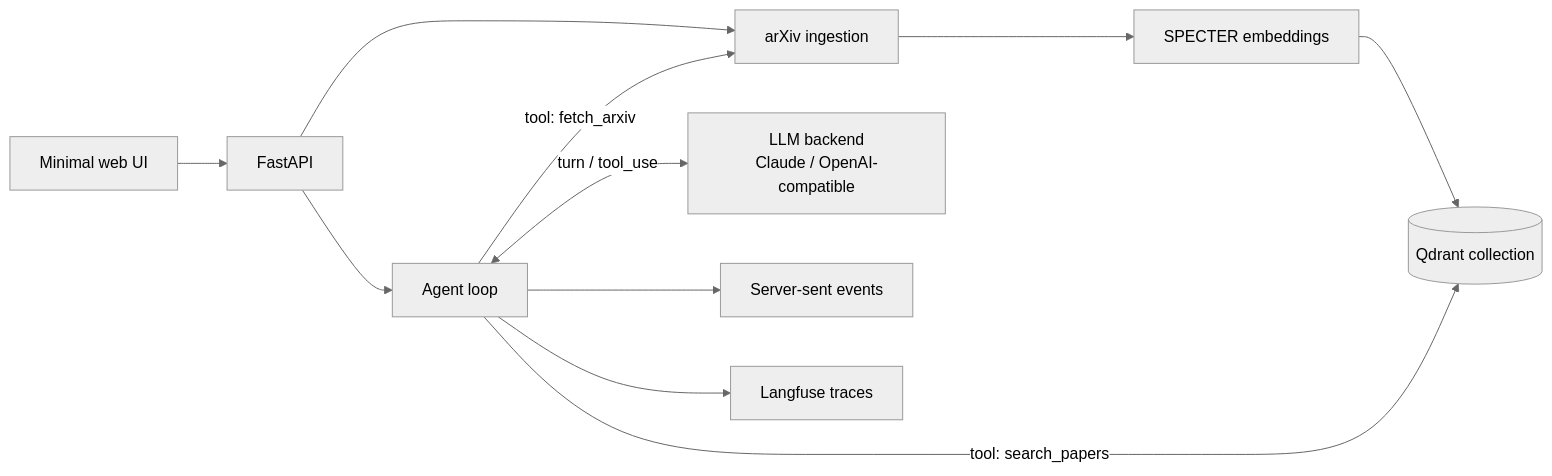
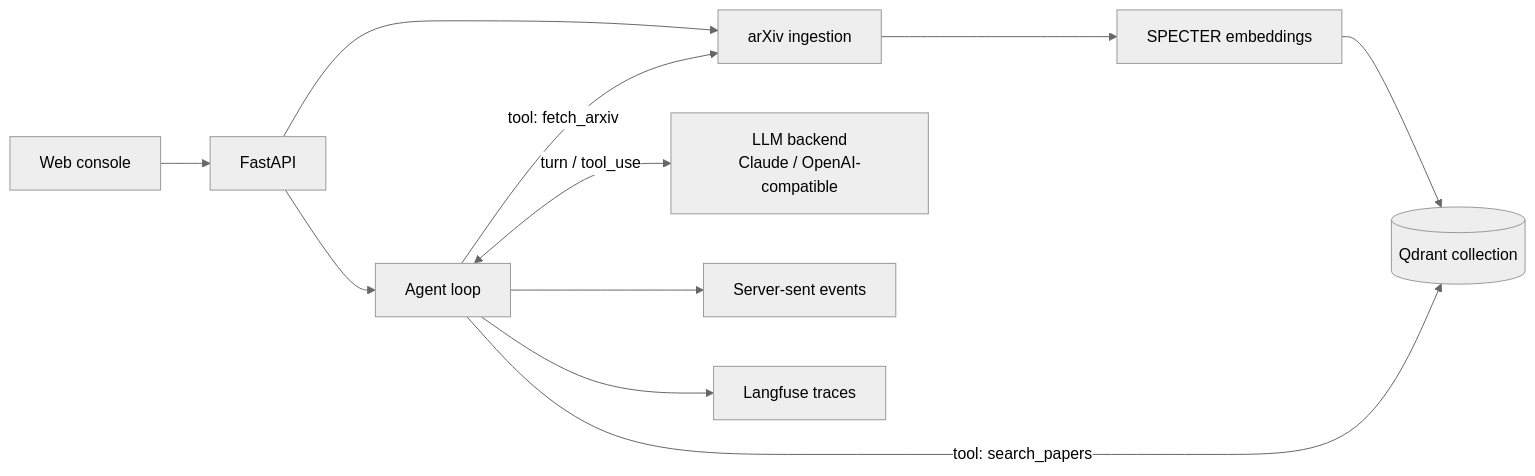
One commit to julian-8897/research-brief-agent changed the diagram in README.md. Above: the diagram before and after it, drawn with Mermaid (neutral theme). The commit also changed other lines of this file and 37 other files, not shown here.

````diff
--- a/README.md
+++ b/README.md
@@ -13,13 +11,13 @@
 ```mermaid
 flowchart LR
-    UI[Minimal web UI] --> API[FastAPI]
+    UI[Web console] --> API[FastAPI]
     API --> Ingest[arXiv ingestion]
     Ingest --> Embed[SPECTER embeddings]
     Embed --> Qdrant[(Qdrant collection)]
     API --> Agent[Agent loop]
     Agent -->|tool: search_papers| Qdrant
     Agent -->|tool: fetch_arxiv| Ingest
     Agent <-->|turn / tool_use| LLM[LLM backend<br/>Claude / OpenAI-compatible]
     Agent --> Stream[Server-sent events]
     Agent --> Langfuse[Langfuse traces]
 ```
````
